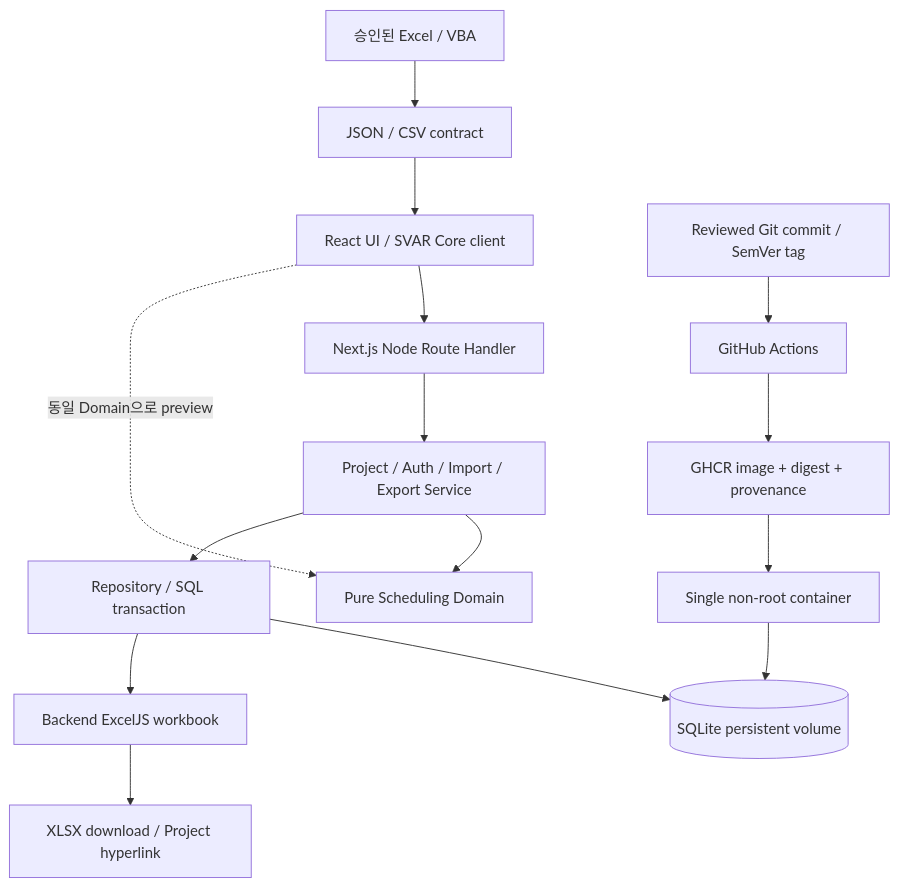
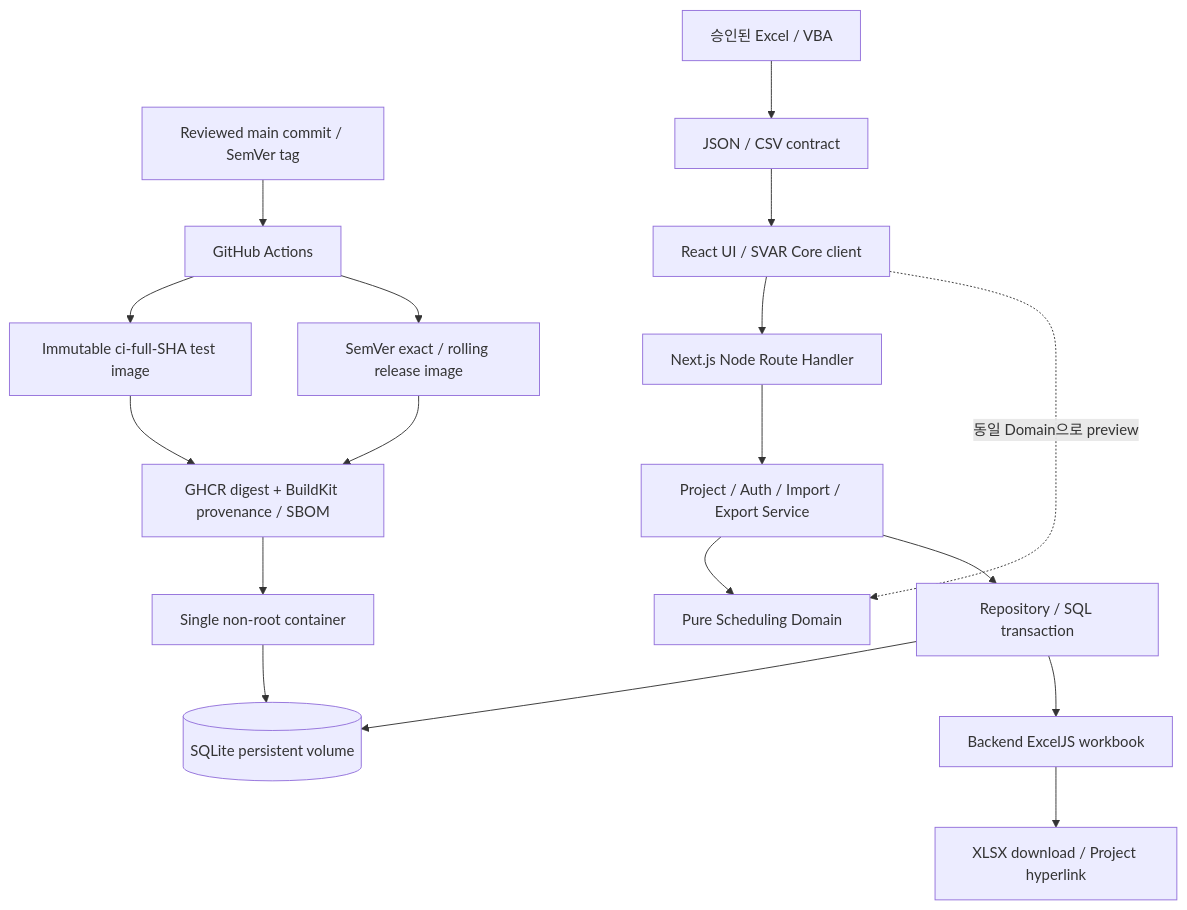
One commit to planner77/masterGantt changed the diagram in docs/ARCHITECTURE.md. Above: the diagram before and after it, drawn with Mermaid. The commit also changed other lines of this file and 23 other files, not shown here.

Commit message:
feat: publish and verify main commit images in GHCR

````diff
--- a/docs/ARCHITECTURE.md
+++ b/docs/ARCHITECTURE.md
@@ -7,17 +7,20 @@
 ```mermaid
 flowchart TD
   Browser[React UI / SVAR Core client] --> API[Next.js Node Route Handler]
   API --> Service[Project / Auth / Import / Export Service]
   Service --> Domain[Pure Scheduling Domain]
   Service --> Repo[Repository / SQL transaction]
   Repo --> DB[(SQLite persistent volume)]
-  Git[Reviewed Git commit / SemVer tag] --> Actions[GitHub Actions]
-  Actions --> GHCR[GHCR image + digest + provenance]
+  Git[Reviewed main commit / SemVer tag] --> Actions[GitHub Actions]
+  Actions --> CommitImage[Immutable ci-full-SHA test image]
+  Actions --> ReleaseImage[SemVer exact / rolling release image]
+  CommitImage --> GHCR[GHCR digest + BuildKit provenance / SBOM]
+  ReleaseImage --> GHCR
   GHCR --> Runtime[Single non-root container]
   Runtime --> DB
   Browser -. 동일 Domain으로 preview .-> Domain
   Excel[승인된 Excel / VBA] --> File[JSON / CSV contract]
   File --> Browser
   Repo --> Export[Backend ExcelJS workbook]
   Export --> XLSX[XLSX download / Project hyperlink]
 ```
````
